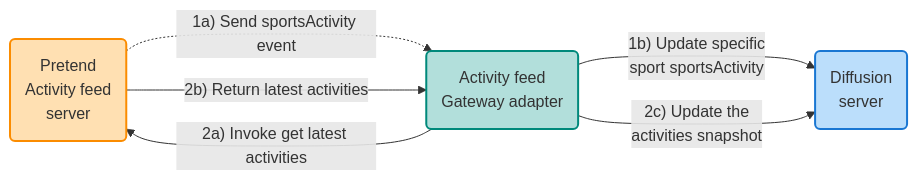
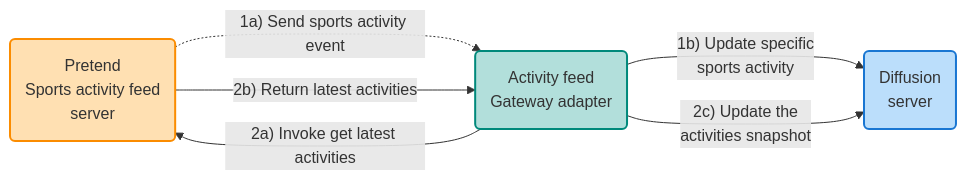
Before and after one commit to diffusiondata/gateway-examples: the diagram in sports-activity-feed-adapter/README.md, drawn with Mermaid. The commit also changed other lines of this file and 5 other files, not shown here.

Commit message:
DOC-428: sports activity feed streaming and polling example.

````diff
--- a/sports-activity-feed-adapter/README.md
+++ b/sports-activity-feed-adapter/README.md
@@ -51,23 +51,23 @@
 ```mermaid
 flowchart LR
 
 %% Nodes
-AFS("Pretend <br /> Activity feed <br /> server"):::orange
+AFS("Pretend <br /> Sports activity feed <br /> server"):::orange
 AFG("Activity feed <br /> Gateway adapter"):::green
 DIF("Diffusion <br /> server"):::blue
 
 
 %% Edges
 
-AFS -. 1a) Send sportsActivity event .-> AFG 
+AFS -. 1a) Send sports activity event .-> AFG 
 AFG -- 2a) Invoke get latest activities ---> AFS
 AFS -- 2b) Return latest activities --> AFG
 
-AFG -- 1b) Update specific \n sport sportsActivity --> DIF
+AFG -- 1b) Update specific \n sports activity --> DIF
 AFG -- 2c) Update the \n activities snapshot ---> DIF
 
 %% Styling
 classDef green fill:#B2DFDB,stroke:#00897B,stroke-width:2px;
 classDef orange fill:#FFE0B2,stroke:#FB8C00,stroke-width:2px;
 classDef blue fill:#BBDEFB,stroke:#1976D2,stroke-width:2px;
 ```
````
